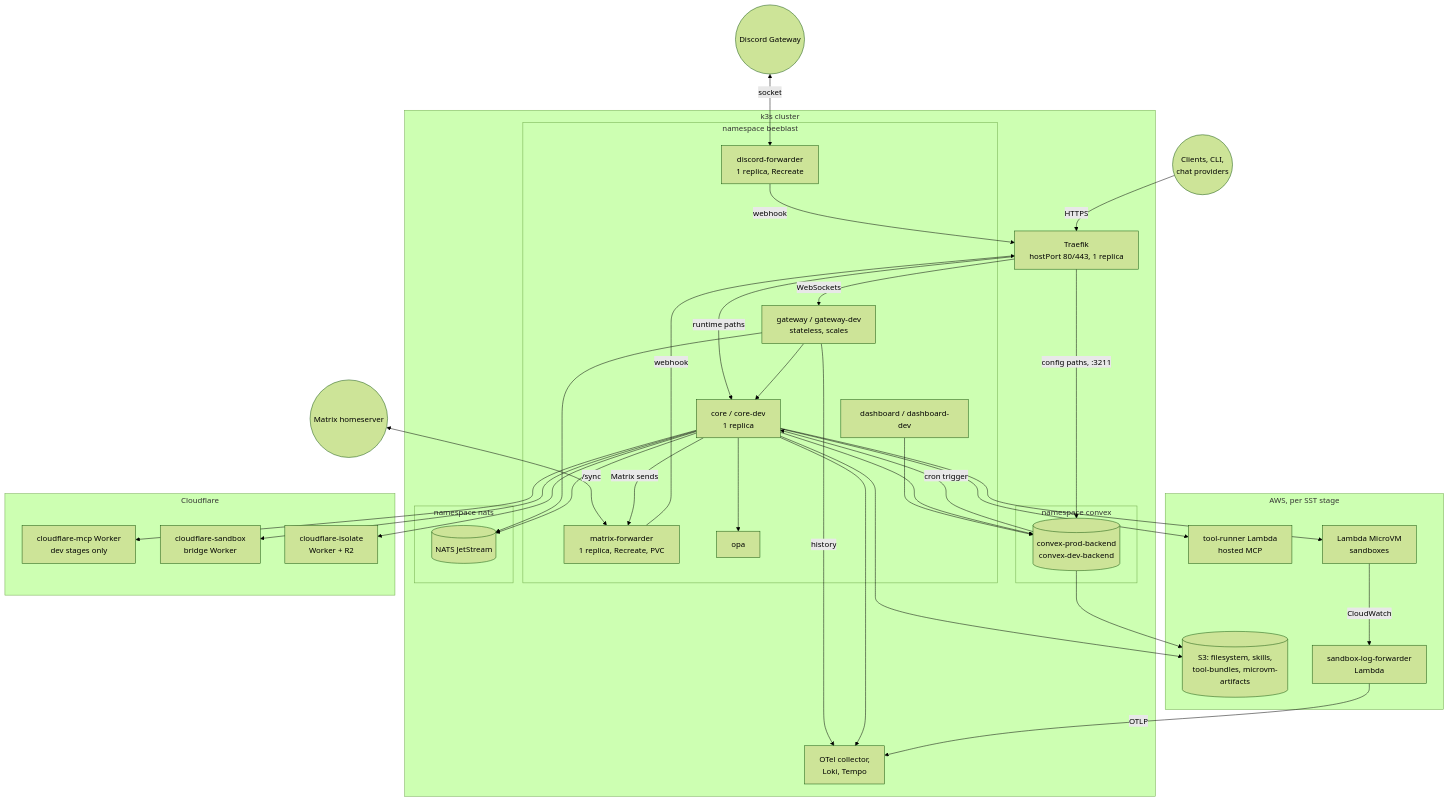
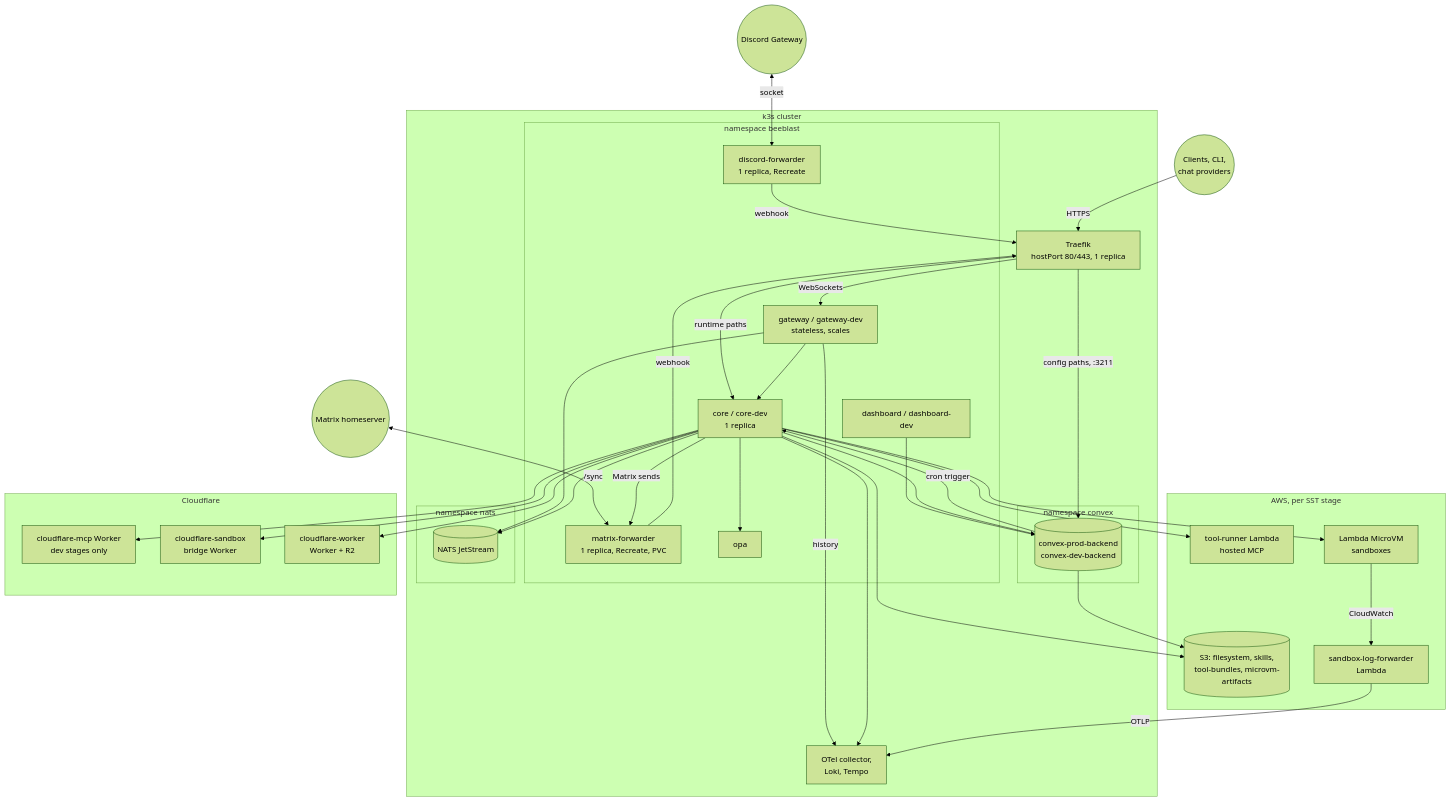
The first of 8 diagrams in apps/docs/docs/internals/operations.md (beeblastco/broods), drawn with Mermaid (forest theme) before and after one commit. The commit also changed other lines of this file and 19 other files, not shown here.

First line of the commit message:
fix(dashboard,docs,demos): name the provider Fast Cloudflare V8 Worker, shell caps, true disk cap

````diff
--- a/apps/docs/docs/internals/operations.md
+++ b/apps/docs/docs/internals/operations.md
@@ -9,66 +9,66 @@
 ```mermaid
 flowchart TB
   Users(("Clients, CLI,<br/>chat providers"))
   DiscordGW((Discord Gateway))
   Homeserver((Matrix homeserver))
 
   subgraph k3s["k3s cluster"]
     Traefik["Traefik<br/>hostPort 80/443, 1 replica"]
     subgraph beeblast["namespace beeblast"]
       Gateway["gateway / gateway-dev<br/>stateless, scales"]
       Core["core / core-dev<br/>1 replica"]
       Dashboard["dashboard / dashboard-dev"]
       DFwd["discord-forwarder<br/>1 replica, Recreate"]
       MFwd["matrix-forwarder<br/>1 replica, Recreate, PVC"]
       OPA["opa"]
     end
     subgraph convexns["namespace convex"]
       Convex[("convex-prod-backend<br/>convex-dev-backend")]
     end
     subgraph natsns["namespace nats"]
       NATS[("NATS JetStream")]
     end
     Obs["OTel collector,<br/>Loki, Tempo"]
   end
 
   subgraph AWS["AWS, per SST stage"]
     S3[("S3: filesystem, skills,<br/>tool-bundles, microvm-artifacts")]
     ToolRunner["tool-runner Lambda<br/>hosted MCP"]
     MicroVM["Lambda MicroVM<br/>sandboxes"]
     LogFwd["sandbox-log-forwarder<br/>Lambda"]
   end
 
   subgraph CF["Cloudflare"]
     McpWorker["cloudflare-mcp Worker<br/>dev stages only"]
     SbxWorker["cloudflare-sandbox<br/>bridge Worker"]
-    IsoWorker["cloudflare-isolate<br/>Worker + R2"]
+    IsoWorker["cloudflare-worker<br/>Worker + R2"]
   end
 
   Users -->|HTTPS| Traefik
   Traefik -->|runtime paths| Core
   Traefik -->|"config paths, :3211"| Convex
   Traefik -->|WebSockets| Gateway
   Gateway --> Core
   Gateway --> NATS
   Gateway -->|history| Obs
   Dashboard --> Convex
   Core --> Convex
   Core --> NATS
   Core --> OPA
   Core --> Obs
   Convex -->|cron trigger| Core
   Core --> S3
   Core --> ToolRunner
   Core --> MicroVM
   Core --> McpWorker
   Core --> SbxWorker
   Core --> IsoWorker
   Convex --> S3
   MicroVM -->|CloudWatch| LogFwd
   LogFwd -->|OTLP| Obs
   DiscordGW <-->|socket| DFwd
   Homeserver <-->|"/sync"| MFwd
   DFwd -->|webhook| Traefik
   MFwd -->|webhook| Traefik
   Core -->|Matrix sends| MFwd
 ```
````
